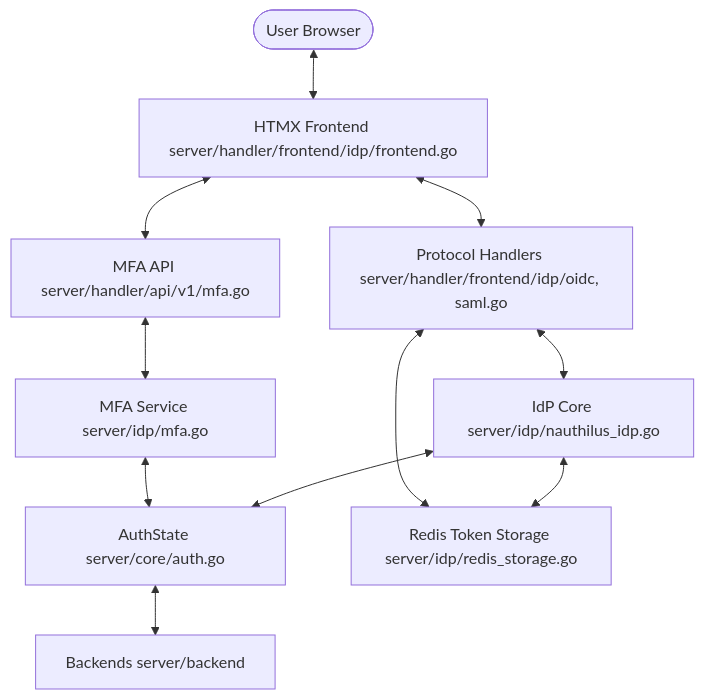
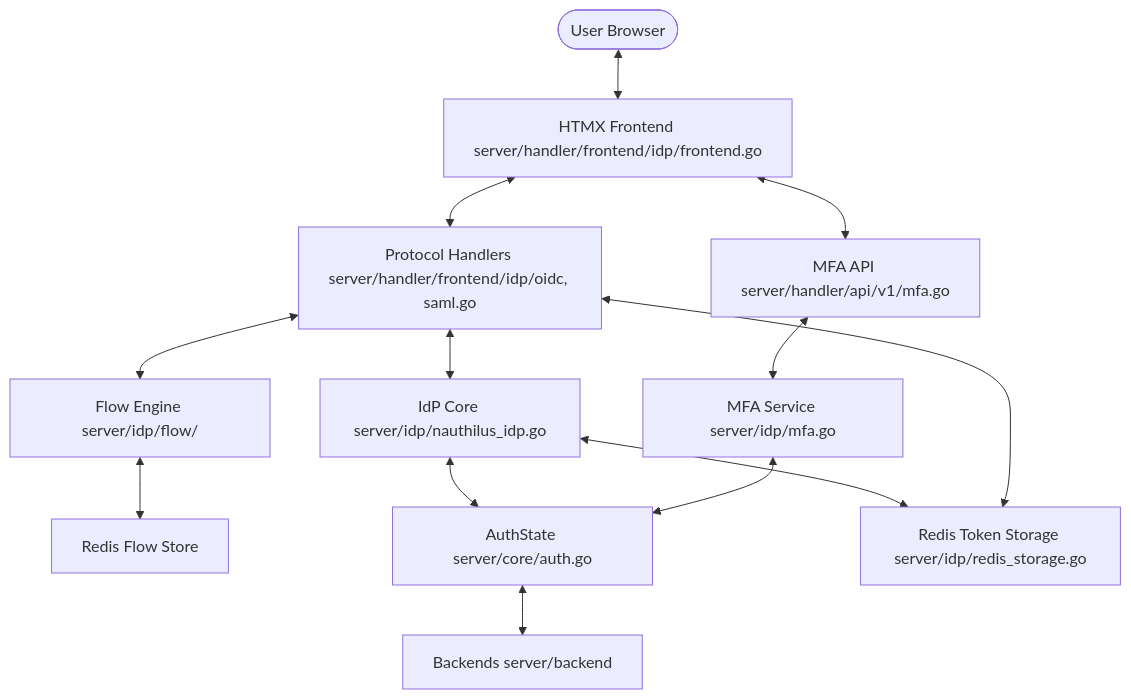
The first of 9 diagrams in server/docs/idp.md (croessner/nauthilus), drawn with Mermaid before and after one commit. The commit also changed other lines of this file and 43 other files, not shown here.

First line of the commit message:
Feat: Implement IdP flow controller with state transitions and cleanup

````diff
--- a/server/docs/idp.md
+++ b/server/docs/idp.md
@@ -46,13 +61,15 @@
 ```mermaid
 graph TD
     User([User Browser]) <--> FE[HTMX Frontend server/handler/frontend/idp/frontend.go]
     FE <--> PH[Protocol Handlers server/handler/frontend/idp/oidc, saml.go]
+    PH <--> FC[Flow Engine server/idp/flow/]
+    FC <--> RFS[Redis Flow Store]
     PH <--> IC[IdP Core server/idp/nauthilus_idp.go]
     IC <--> AS[AuthState server/core/auth.go]
     AS <--> BE[Backends server/backend]
     IC <--> RTS[Redis Token Storage server/idp/redis_storage.go]
     PH <--> RTS
     FE <--> MFA[MFA API server/handler/api/v1/mfa.go]
     MFA <--> MS[MFA Service server/idp/mfa.go]
     MS <--> AS
 ```
````
